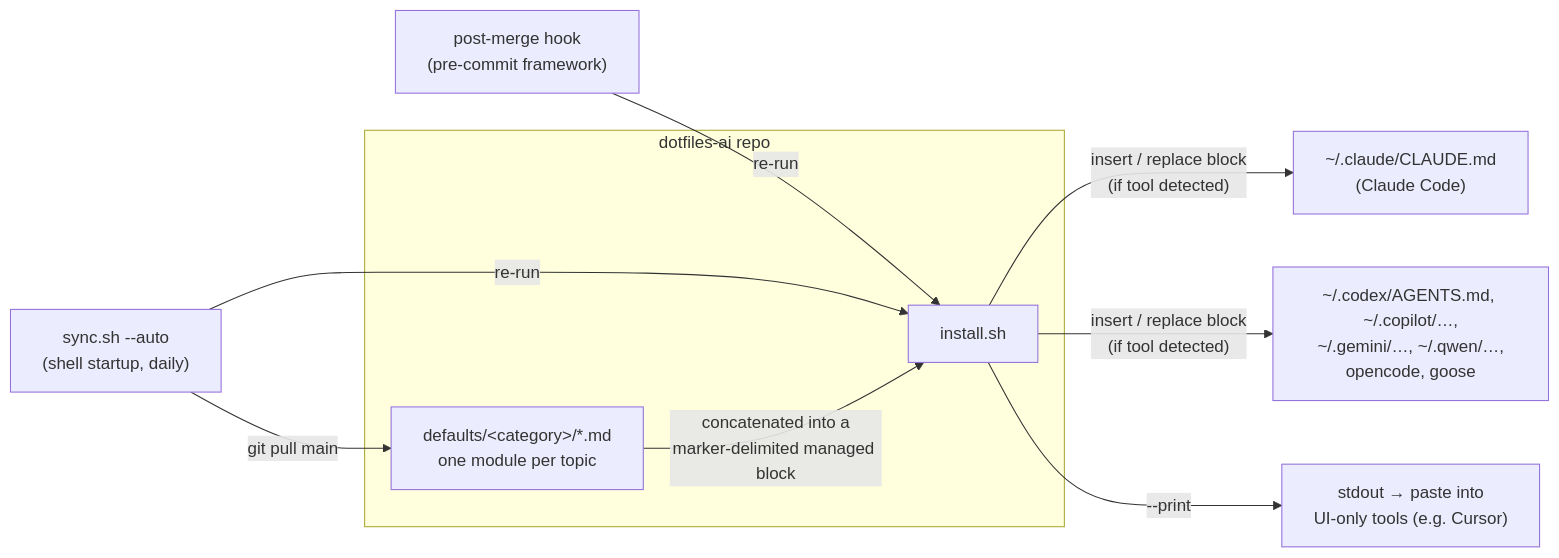
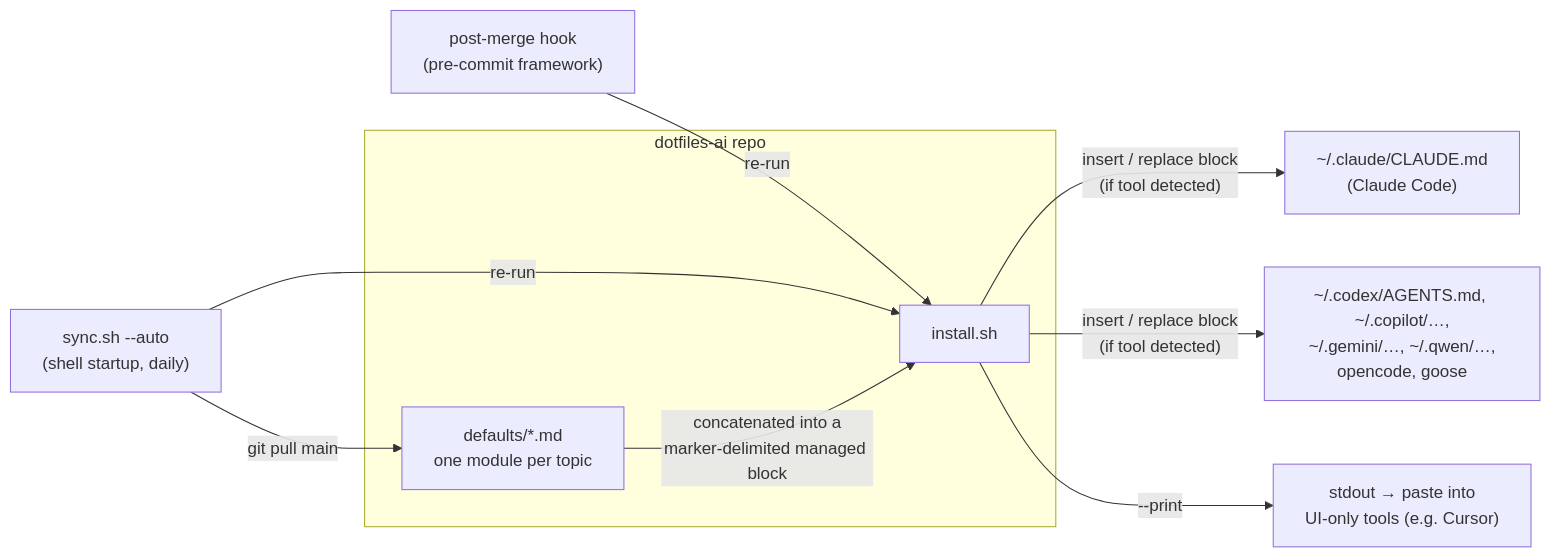
The diagram in ARCHITECTURE.md (mchelen/dotfiles-ai), drawn with Mermaid before and after one commit. The commit also changed other lines of this file and 12 other files, not shown here.

````diff
--- a/ARCHITECTURE.md
+++ b/ARCHITECTURE.md
@@ -7,14 +7,14 @@
 ```mermaid
 flowchart LR
     S["sync.sh --auto<br/>(shell startup, daily)"] -->|"git pull main"| D
     H["post-merge hook<br/>(pre-commit framework)"] -->|"re-run"| I
     S -->|"re-run"| I
     subgraph repo["dotfiles-ai repo"]
-        D["defaults/&lt;category&gt;/*.md<br/>one module per topic"]
+        D["defaults/*.md<br/>one module per topic"]
         I["install.sh"]
     end
     D -->|"concatenated into a<br/>marker-delimited managed block"| I
     I -->|"insert / replace block<br/>(if tool detected)"| C["~/.claude/CLAUDE.md<br/>(Claude Code)"]
     I -->|"insert / replace block<br/>(if tool detected)"| X["~/.codex/AGENTS.md, ~/.copilot/…,<br/>~/.gemini/…, ~/.qwen/…,<br/>opencode, goose"]
     I -->|"--print"| P["stdout → paste into<br/>UI-only tools (e.g. Cursor)"]
 ```
````
